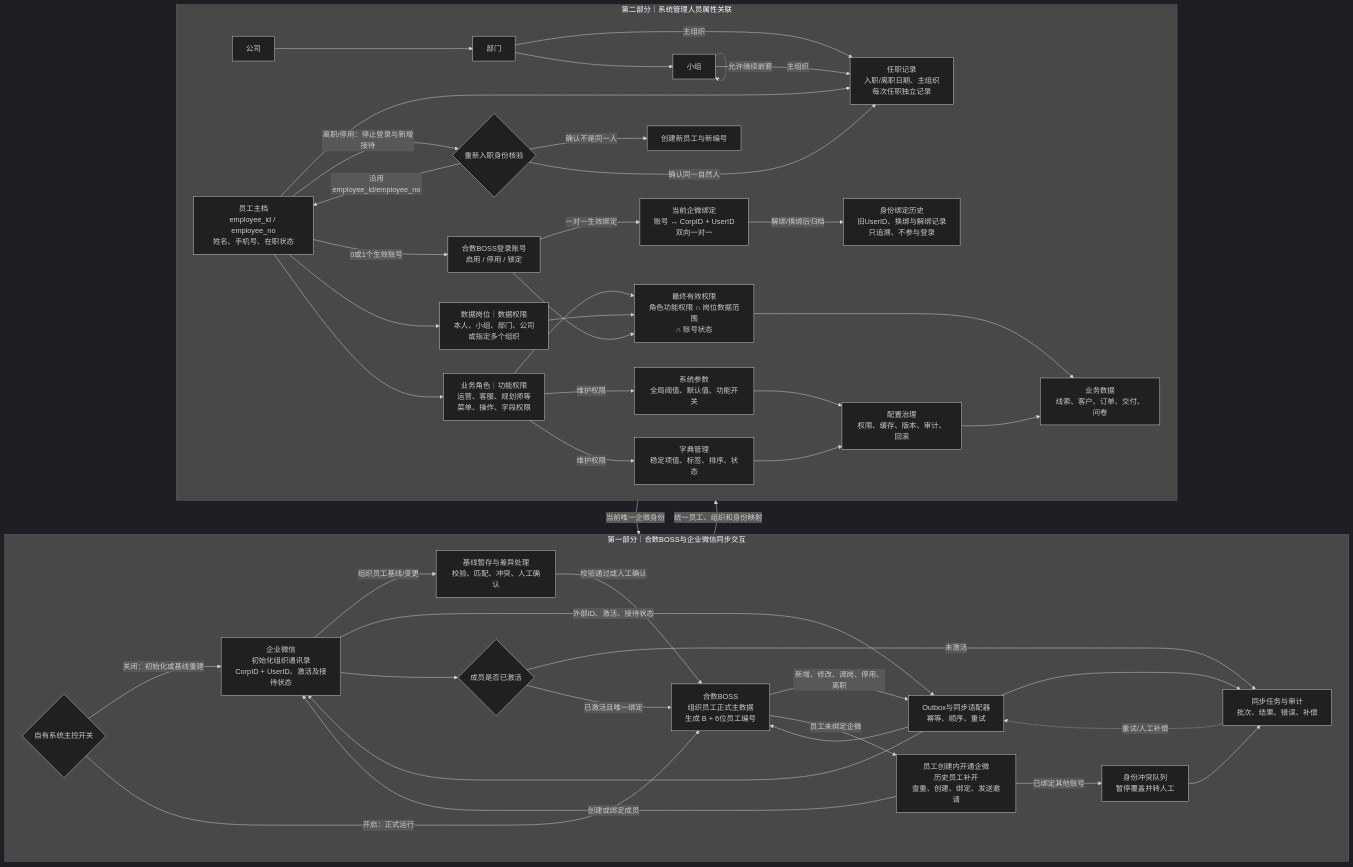
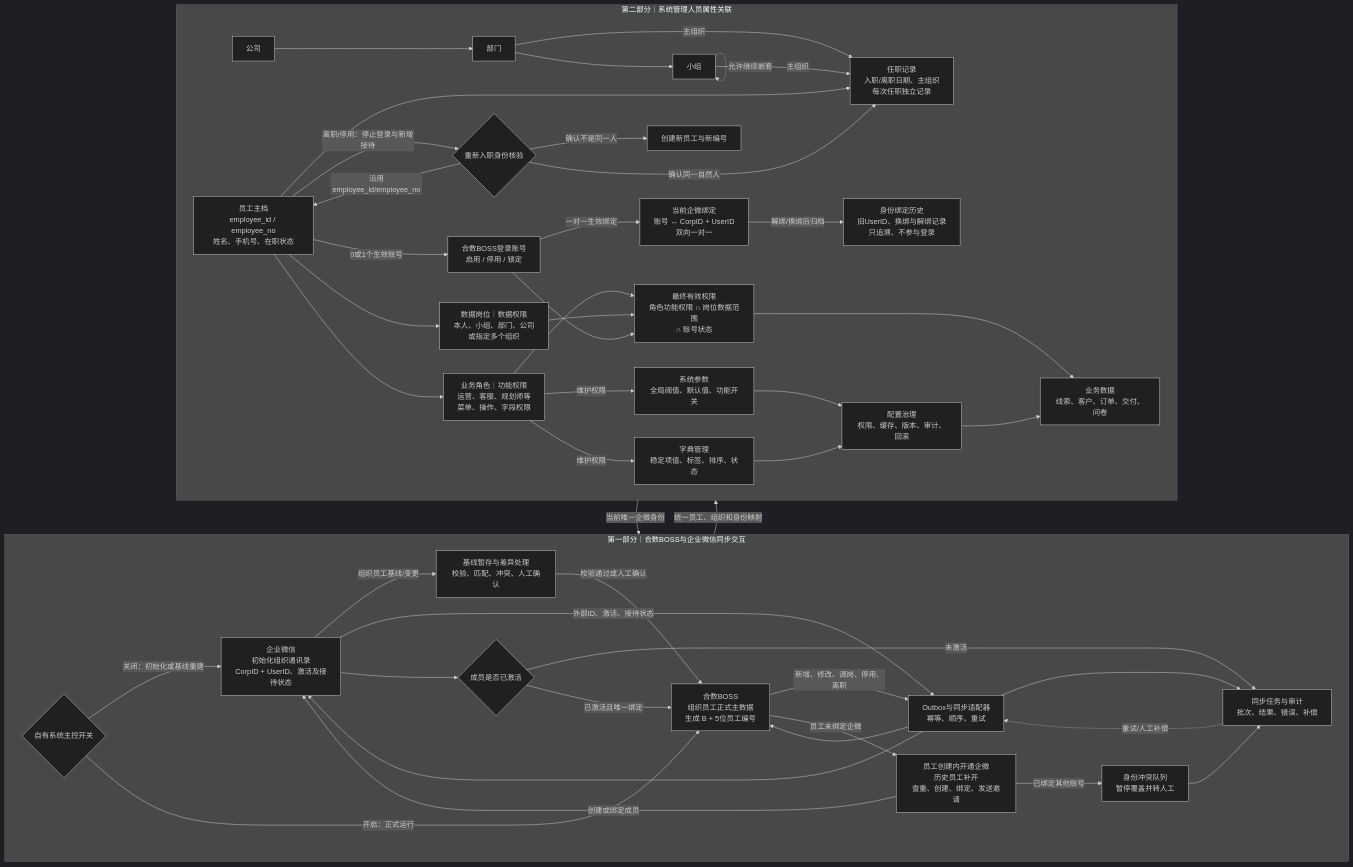
The second of 4 diagrams in docs/product/合数BOSS V1.0系统管理与业务配置需求文档.md (freya-pr/heshu-boss-demo), drawn with Mermaid (dark theme) before and after one commit. The commit also changed other lines of this file and 9 other files, not shown here.

````diff
--- a/docs/product/合数BOSS V1.0系统管理与业务配置需求文档.md
+++ b/docs/product/合数BOSS V1.0系统管理与业务配置需求文档.md
@@ -99,77 +101,77 @@
 ```mermaid
 flowchart TB
     subgraph SYNC_AREA["第一部分｜合数BOSS与企业微信同步交互"]
         direction LR
         WECOM["企业微信<br/>初始化组织通讯录<br/>CorpID + UserID、激活及接待状态"]
         SWITCH{"自有系统主控开关"}
         STAGE["基线暂存与差异处理<br/>校验、匹配、冲突、人工确认"]
-        BOSS["合数BOSS<br/>组织员工正式主数据<br/>生成 B + 6位员工编号"]
+        BOSS["合数BOSS<br/>组织员工正式主数据<br/>生成 B + 5位员工编号"]
         OUTBOX["Outbox与同步适配器<br/>幂等、顺序、重试"]
         PROVISION["员工创建内开通企微<br/>历史员工补开<br/>查重、创建、绑定、发送邀请"]
         ACTIVE{"成员是否已激活"}
         CONFLICT["身份冲突队列<br/>暂停覆盖并转人工"]
         AUDIT["同步任务与审计<br/>批次、结果、错误、补偿"]
 
         SWITCH -->|"关闭：初始化或基线重建"| WECOM
         WECOM -->|"组织员工基线/变更"| STAGE
         STAGE -->|"校验通过或人工确认"| BOSS
         SWITCH -->|"开启：正式运行"| BOSS
         BOSS -->|"新增、修改、调岗、停用、离职"| OUTBOX
         OUTBOX --> WECOM
         WECOM -->|"外部ID、激活、接待状态"| OUTBOX
         OUTBOX --> BOSS
         BOSS -->|"员工未绑定企微"| PROVISION
         PROVISION -->|"已绑定其他账号"| CONFLICT
         PROVISION -->|"创建或绑定成员"| WECOM
         WECOM --> ACTIVE
         ACTIVE -->|"未激活"| AUDIT
         ACTIVE -->|"已激活且唯一绑定"| BOSS
         OUTBOX --> AUDIT
         CONFLICT --> AUDIT
         AUDIT -. "重试/人工补偿" .-> OUTBOX
     end
 
     subgraph PERSON_AREA["第二部分｜系统管理人员属性关联"]
         direction LR
         COMPANY["公司"] --> DEPT["部门"] --> GROUP["小组"]
         GROUP -. "允许继续嵌套" .-> GROUP
         EMP["员工主档<br/>employee_id / employee_no<br/>姓名、手机号、在职状态"]
         EMPLOYMENT["任职记录<br/>入职/离职日期、主组织<br/>每次任职独立记录"]
         ACCOUNT["合数BOSS登录账号<br/>启用 / 停用 / 锁定"]
         IDENTITY["当前企微绑定<br/>账号 ↔ CorpID + UserID<br/>双向一对一"]
         IDENTITY_HISTORY["身份绑定历史<br/>旧UserID、换绑与解绑记录<br/>只追溯、不参与登录"]
         ROLE["业务角色｜功能权限<br/>运营、客服、规划师等<br/>菜单、操作、字段权限"]
         POSITION["数据岗位｜数据权限<br/>本人、小组、部门、公司<br/>或指定多个组织"]
         EFFECTIVE["最终有效权限<br/>角色功能权限 ∩ 岗位数据范围<br/>∩ 账号状态"]
         BUSINESS["业务数据<br/>线索、客户、订单、交付、问卷"]
         REHIRE{"重新入职身份核验"}
         PARAM["系统参数<br/>全局阈值、默认值、功能开关"]
         DICT["字典管理<br/>稳定项值、标签、排序、状态"]
         CFG["配置治理<br/>权限、缓存、版本、审计、回滚"]
 
         DEPT -->|"主组织"| EMPLOYMENT
         GROUP -->|"主组织"| EMPLOYMENT
         EMP --> EMPLOYMENT
         EMP -->|"0或1个生效账号"| ACCOUNT
         ACCOUNT -->|"一对一生效绑定"| IDENTITY
         IDENTITY -->|"解绑/换绑后归档"| IDENTITY_HISTORY
         EMP --> ROLE
         EMP --> POSITION
         ROLE --> EFFECTIVE
         POSITION --> EFFECTIVE
         ACCOUNT --> EFFECTIVE
         EFFECTIVE --> BUSINESS
         EMP -->|"离职/停用：停止登录与新增接待"| REHIRE
         REHIRE -->|"确认同一自然人"| EMPLOYMENT
         REHIRE -->|"沿用employee_id/employee_no"| EMP
         REHIRE -->|"确认不是同一人"| NEWEMP["创建新员工与新编号"]
         ROLE -->|"维护权限"| PARAM
         ROLE -->|"维护权限"| DICT
         PARAM --> CFG
         DICT --> CFG
         CFG --> BUSINESS
     end
 
     BOSS -->|"统一员工、组织和身份映射"| EMP
     IDENTITY -->|"当前唯一企微身份"| WECOM
 ```
````
